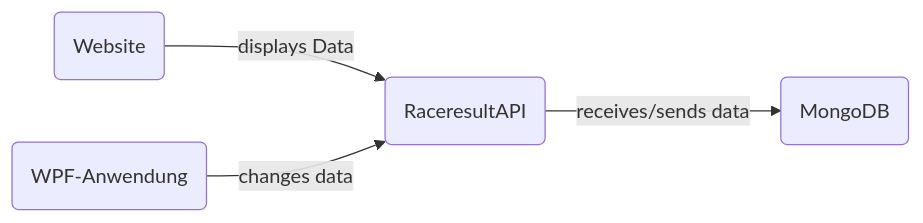
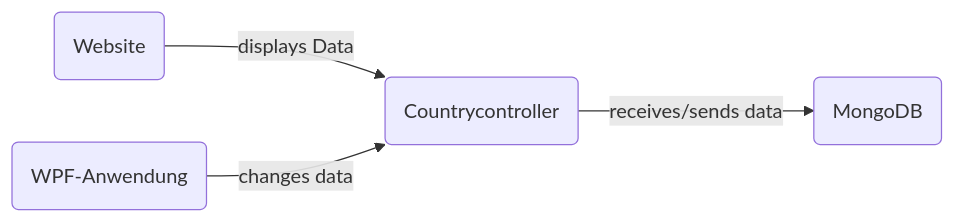
One commit to Friend2868/CountryGuide_API changed the first of 2 diagrams in README.md. Above: the diagram before and after it, drawn with Mermaid. The commit also changed other lines of this file, not shown here.

````diff
--- a/README.md
+++ b/README.md
@@ -17,7 +16,7 @@
 ```mermaid
 graph LR
 A(Website) -- displays Data --> C
 B(WPF-Anwendung) -- changes data --> C
-C(RaceresultAPI) -- receives/sends data --> D
+C(Countrycontroller) -- receives/sends data --> D
 D(MongoDB)
 ```
````
